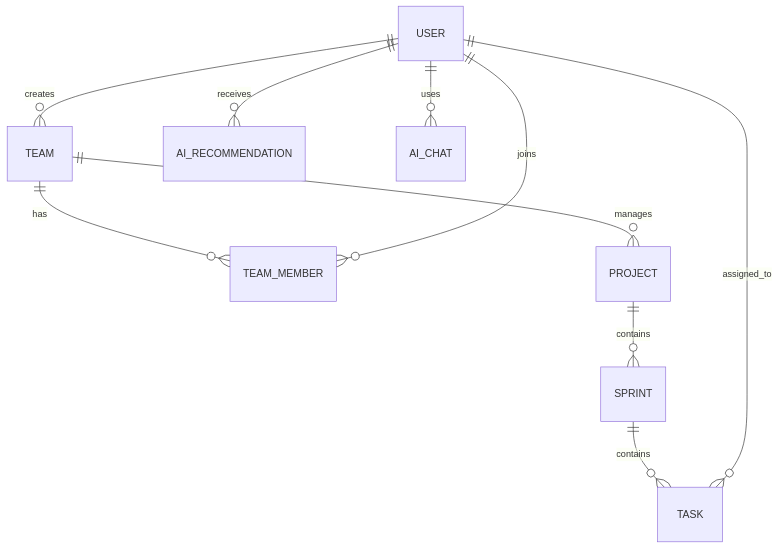
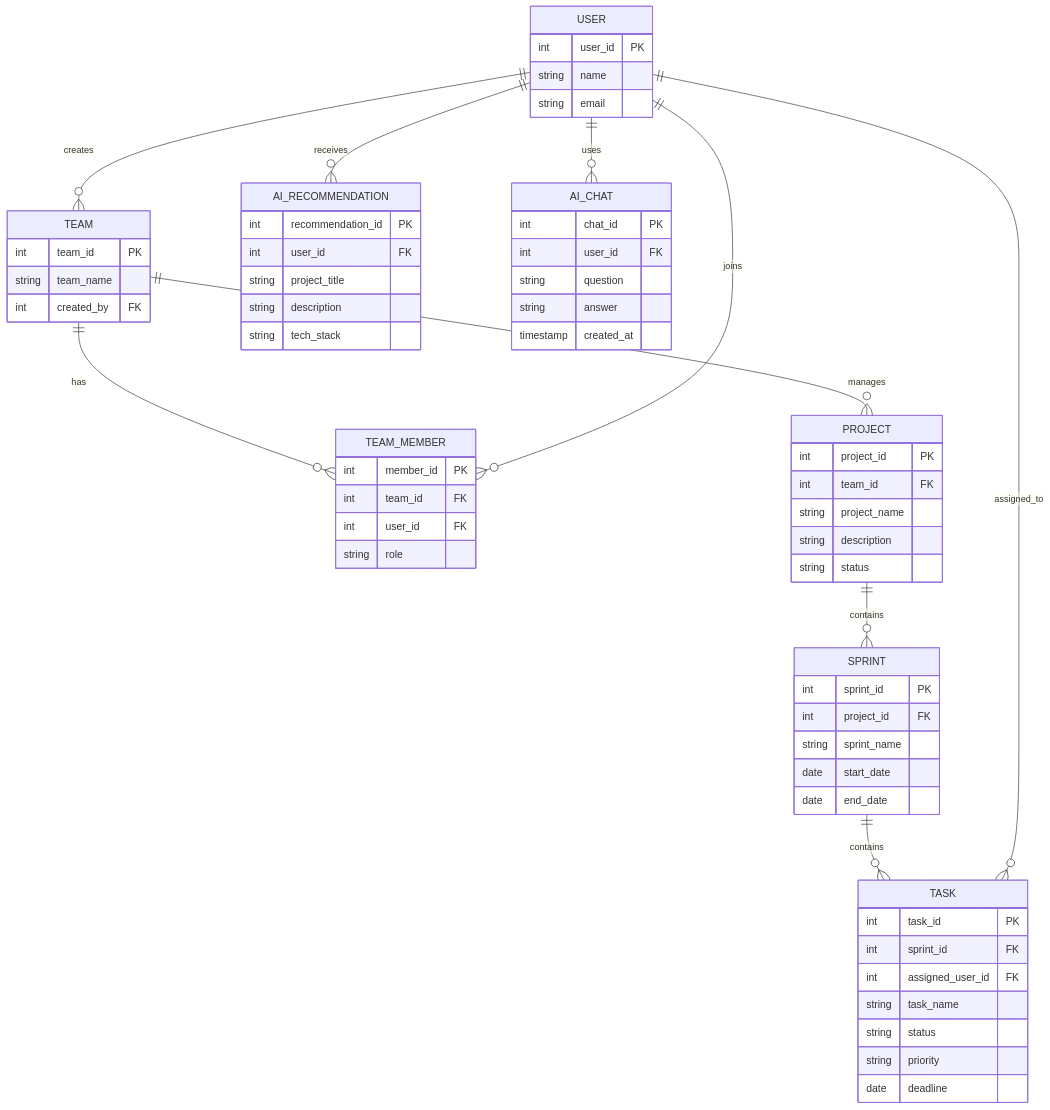
One commit to nahdahchaidir/Teamly changed the diagram in docs/erd/teamly-erd.md. Above: the diagram before and after it, drawn with Mermaid. The commit also changed other lines of this file, not shown here.

Commit message:
Perbarui ERD Teamly dengan atribut dan relasi

````diff
--- a/docs/erd/teamly-erd.md
+++ b/docs/erd/teamly-erd.md
@@ -9,12 +9,75 @@
 ```mermaid
 erDiagram
     USER ||--o{ TEAM : creates
     TEAM ||--o{ TEAM_MEMBER : has
     USER ||--o{ TEAM_MEMBER : joins
+
     TEAM ||--o{ PROJECT : manages
     PROJECT ||--o{ SPRINT : contains
     SPRINT ||--o{ TASK : contains
     USER ||--o{ TASK : assigned_to
+
     USER ||--o{ AI_RECOMMENDATION : receives
     USER ||--o{ AI_CHAT : uses
+
+    USER {
+        int user_id PK
+        string name
+        string email
+    }
+
+    TEAM {
+        int team_id PK
+        string team_name
+        int created_by FK
+    }
+
+    TEAM_MEMBER {
+        int member_id PK
+        int team_id FK
+        int user_id FK
+        string role
+    }
+
+    PROJECT {
+        int project_id PK
+        int team_id FK
+        string project_name
+        string description
+        string status
+    }
+
+    SPRINT {
+        int sprint_id PK
+        int project_id FK
+        string sprint_name
+        date start_date
+        date end_date
+    }
+
+    TASK {
+        int task_id PK
+        int sprint_id FK
+        int assigned_user_id FK
+        string task_name
+        string status
+        string priority
+        date deadline
+    }
+
+    AI_RECOMMENDATION {
+        int recommendation_id PK
+        int user_id FK
+        string project_title
+        string description
+        string tech_stack
+    }
+
+    AI_CHAT {
+        int chat_id PK
+        int user_id FK
+        string question
+        string answer
+        timestamp created_at
+    }
 ```
````
